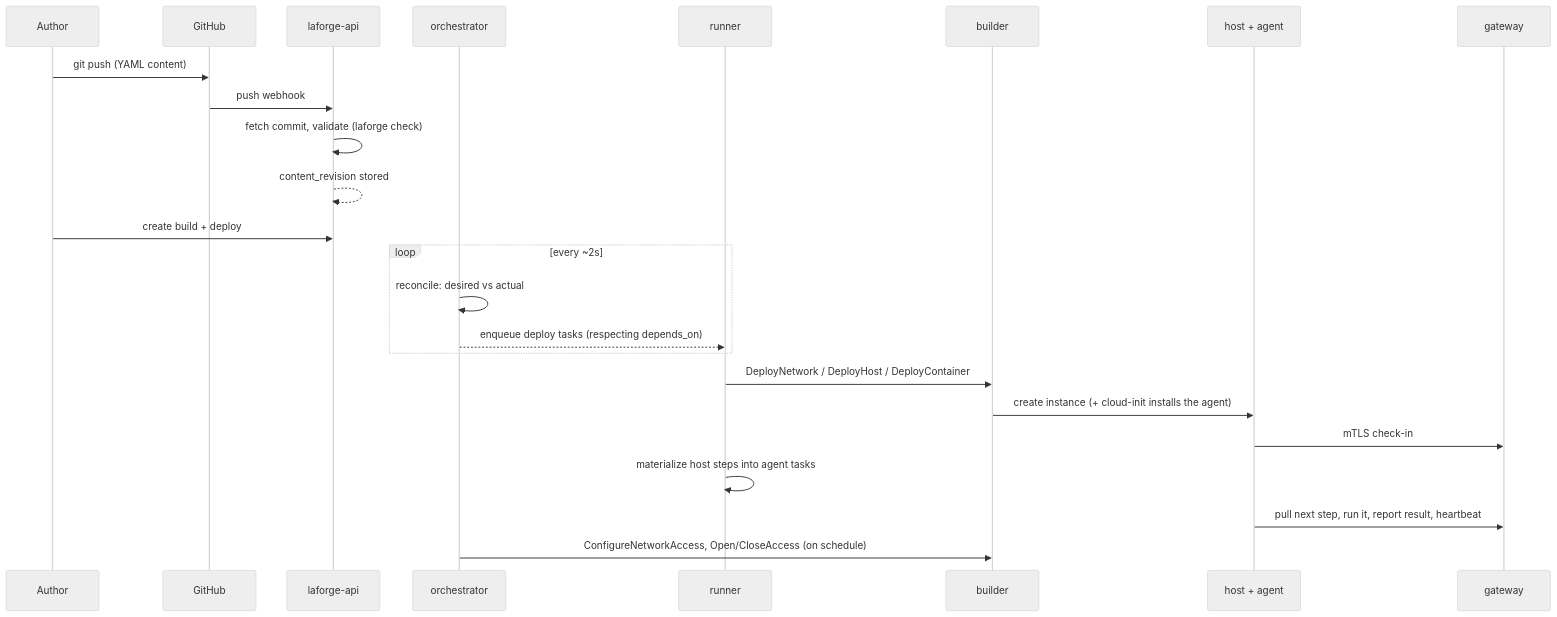
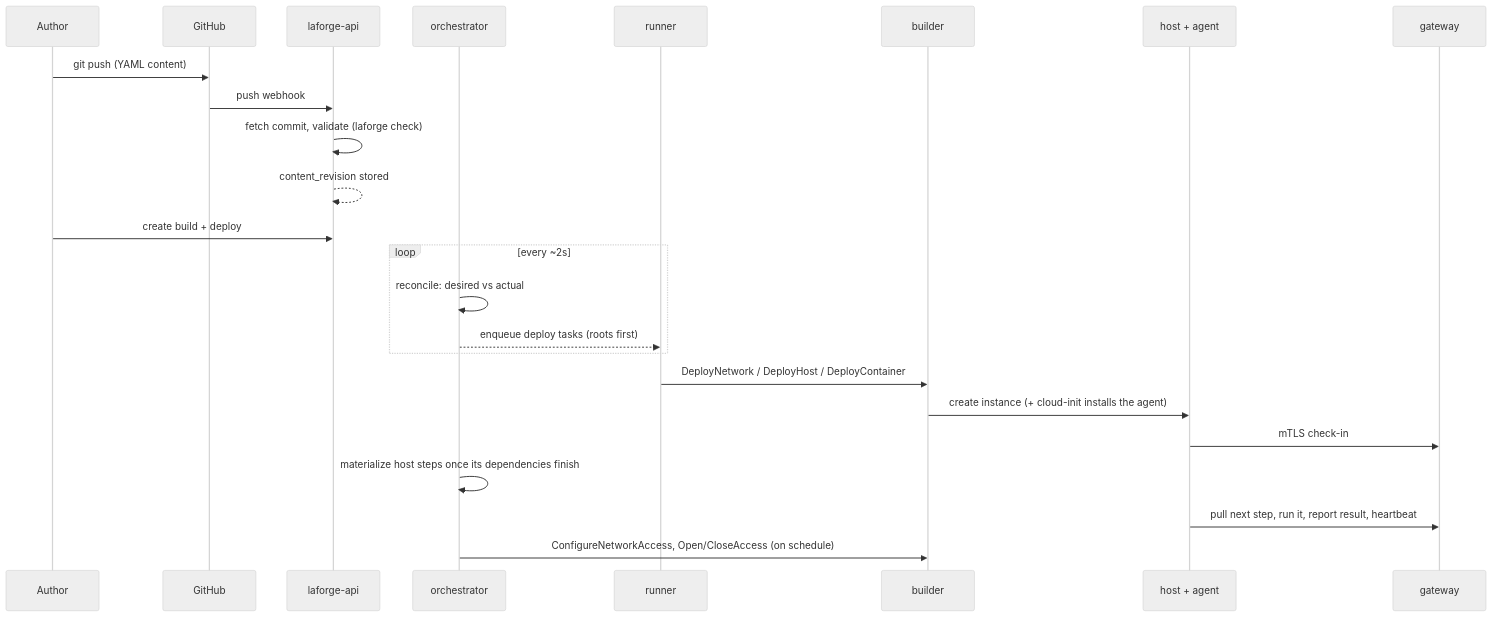
One commit to globalcptc/laforge changed the second of 3 diagrams in README.md. Above: the diagram before and after it, drawn with Mermaid (neutral theme). The commit also changed other lines of this file and 19 other files, not shown here.

Commit message:
Added in changes to depends_on to include steps and increase deploy efficiency

````diff
--- a/README.md
+++ b/README.md
@@ -100,27 +100,27 @@
 ```mermaid
 sequenceDiagram
     participant Dev as Author
     participant GH as GitHub
     participant API as laforge-api
     participant Orch as orchestrator
     participant Run as runner
     participant Bld as builder
     participant Host as host + agent
     participant GW as gateway
 
     Dev->>GH: git push (YAML content)
     GH->>API: push webhook
     API->>API: fetch commit, validate (laforge check)
     API-->>API: content_revision stored
     Dev->>API: create build + deploy
     loop every ~2s
         Orch->>Orch: reconcile: desired vs actual
-        Orch-->>Run: enqueue deploy tasks (respecting depends_on)
+        Orch-->>Run: enqueue deploy tasks (roots first)
     end
     Run->>Bld: DeployNetwork / DeployHost / DeployContainer
     Bld->>Host: create instance (+ cloud-init installs the agent)
     Host->>GW: mTLS check-in
-    Run->>Run: materialize host steps into agent tasks
+    Orch->>Orch: materialize host steps once its dependencies finish
     Host->>GW: pull next step, run it, report result, heartbeat
     Orch->>Bld: ConfigureNetworkAccess, Open/CloseAccess (on schedule)
 ```
````
